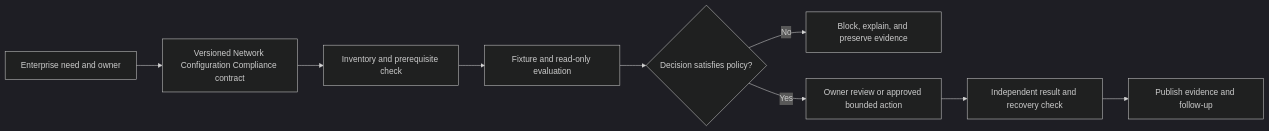
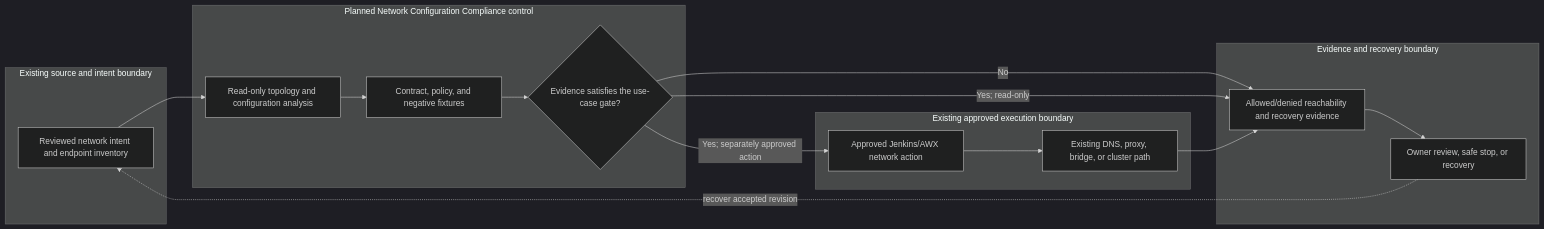
The diagram in docs/use-cases/network/UC-NET-029-network-configuration-compliance.md (MIDHTECH/enterprise-architecture-docs), drawn with Mermaid (dark theme) before and after one commit. The commit also changed other lines of this file and 227 other files, not shown here.

Commit message:
Deepen architecture for all use case designs

````diff
--- a/docs/use-cases/network/UC-NET-029-network-configuration-compliance.md
+++ b/docs/use-cases/network/UC-NET-029-network-configuration-compliance.md
@@ -136,11 +129,25 @@
 ```mermaid
 flowchart LR
-    Need["Enterprise need and owner"] --> Contract["Versioned Network Configuration Compliance contract"]
-    Contract --> Preflight["Inventory and prerequisite check"]
-    Preflight --> Evaluate["Fixture and read-only evaluation"]
-    Evaluate --> Decision{"Decision satisfies policy?"}
-    Decision -->|No| Stop["Block, explain, and preserve evidence"]
-    Decision -->|Yes| Review["Owner review or approved bounded action"]
-    Review --> Verify["Independent result and recovery check"]
-    Verify --> Publish["Publish evidence and follow-up"]
+    subgraph Source["Existing source and intent boundary"]
+        A["Reviewed network intent and endpoint inventory"]
+    end
+    subgraph Planned["Planned Network Configuration Compliance control"]
+        B["Read-only topology and configuration analysis"]
+        C["Contract, policy, and negative fixtures"]
+        D{"Evidence satisfies the use-case gate?"}
+    end
+    subgraph Runtime["Existing approved execution boundary"]
+        E["Approved Jenkins/AWX network action"]
+        F["Existing DNS, proxy, bridge, or cluster path"]
+    end
+    subgraph Assurance["Evidence and recovery boundary"]
+        G["Allowed/denied reachability and recovery evidence"]
+        H["Owner review, safe stop, or recovery"]
+    end
+
+    A --> B --> C --> D
+    D -->|No| G --> H
+    D -->|Yes; read-only| G
+    D -->|Yes; separately approved action| E --> F --> G
+    H -. recover accepted revision .-> A
 ```
````
